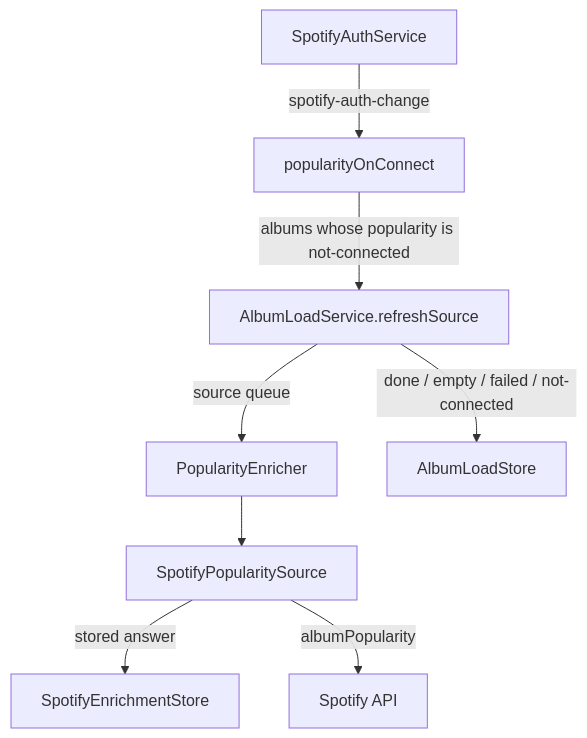
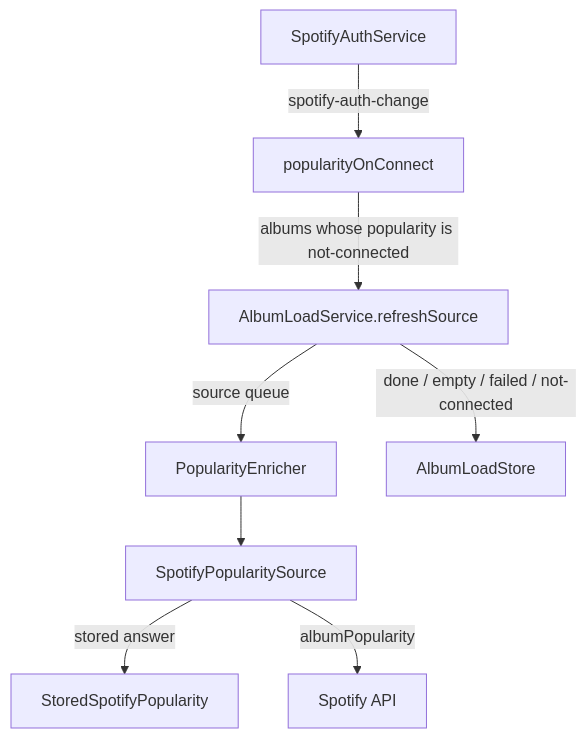
The second of 2 diagrams in docs/manual/17_Frontend_Services.md (maujrp99/MJRP_AlbumsBalancedPlaylists_v0), drawn with Mermaid before and after one commit. The commit also changed other lines of this file and 24 other files, not shown here.

````diff
--- a/docs/manual/17_Frontend_Services.md
+++ b/docs/manual/17_Frontend_Services.md
@@ -72,10 +73,10 @@
 ```mermaid
 graph TD
     Auth[SpotifyAuthService] -->|spotify-auth-change| OC[popularityOnConnect]
     OC -->|albums whose popularity is not-connected| LS[AlbumLoadService.refreshSource]
     LS -->|source queue| PE[PopularityEnricher]
     PE --> SRC[SpotifyPopularitySource]
-    SRC -->|stored answer| DB[SpotifyEnrichmentStore]
+    SRC -->|stored answer| DB[StoredSpotifyPopularity]
     SRC -->|albumPopularity| API[Spotify API]
     LS -->|done / empty / failed / not-connected| Store[AlbumLoadStore]
 ```
````
